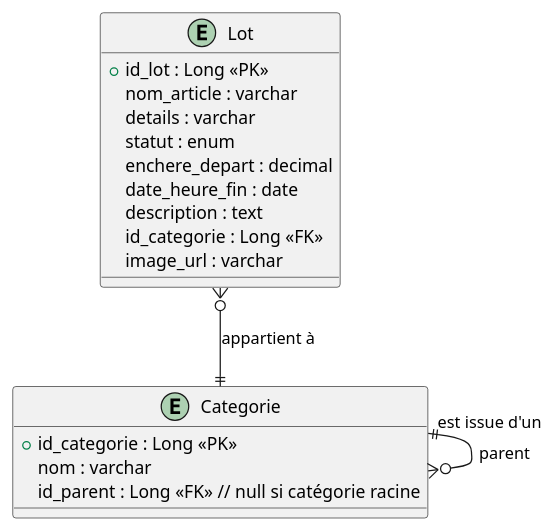
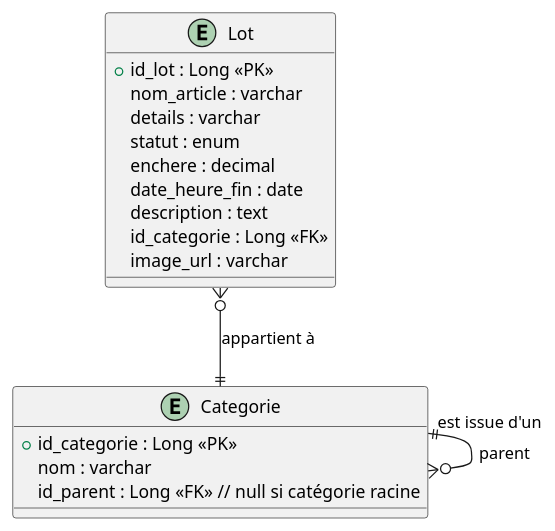
One commit to ETML-ES-LABEFE-SAM-YOAN/BACKEND changed the diagram in docs/mdl.puml. Above: the diagram before and after it, drawn with PlantUML. The commit also changed 2 other files, not shown here.

```diff
--- a/docs/mdl.puml
+++ b/docs/mdl.puml
@@ -1,22 +1,22 @@
 @startuml
 entity Lot {
   + id_lot : Long <<PK>>
   nom_article : varchar
   details : varchar
   statut : enum
-  enchere_depart : decimal
+  enchere : decimal
   date_heure_fin : date
   description : text
   id_categorie : Long <<FK>>
   image_url : varchar
 }
 
 entity Categorie {
   + id_categorie : Long <<PK>>
   nom : varchar
   id_parent : Long <<FK>> // null si catégorie racine
 }
 
 Lot }o--|| Categorie : "appartient à"
 Categorie ||--o{ Categorie : "est issue d'un" (parent)
 @enduml
```
